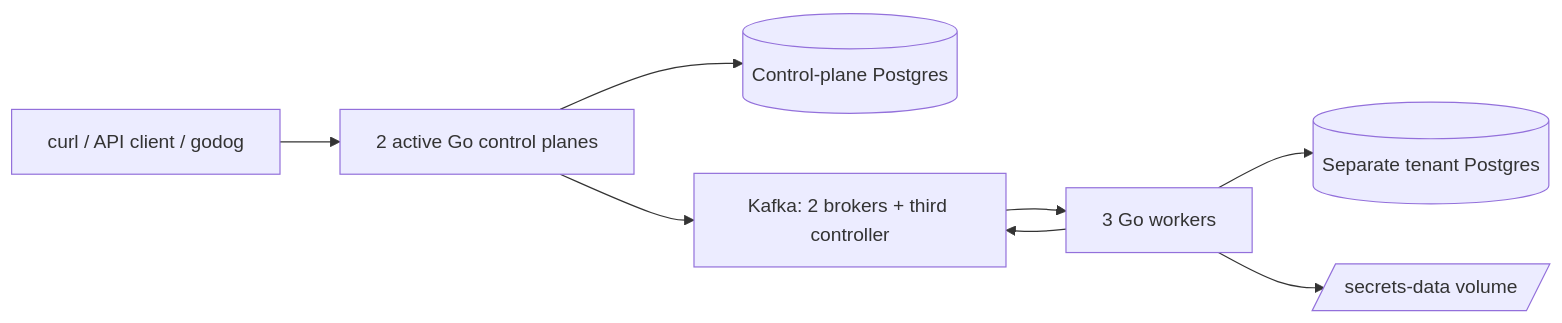
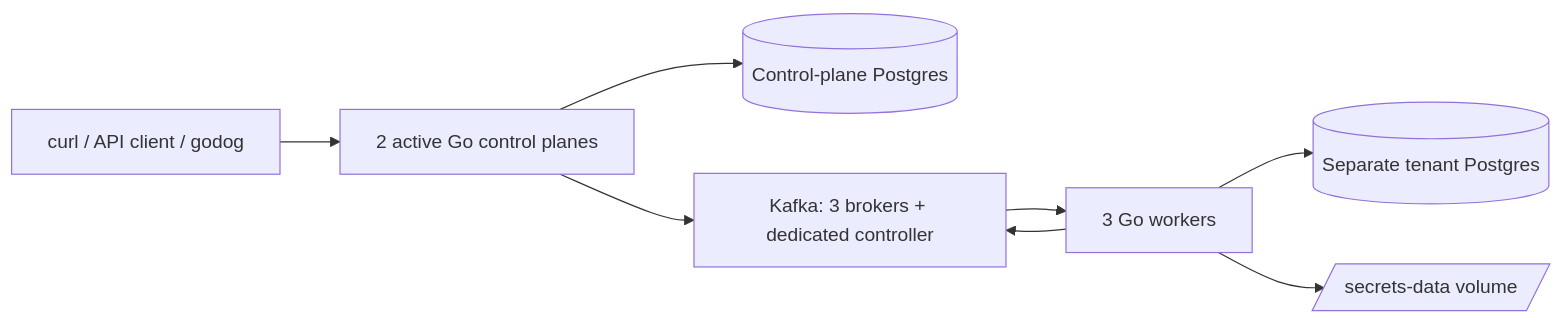
The diagram in README.md (harajara/control-plane-playground), drawn with Mermaid before and after one commit. The commit also changed other lines of this file and 6 other files, not shown here.

````diff
--- a/README.md
+++ b/README.md
@@ -42,10 +42,10 @@
 ```mermaid
 flowchart LR
   Client[curl / API client / godog] --> CP[2 active Go control planes]
   CP --> DB[(Control-plane Postgres)]
-  CP --> Kafka[Kafka: 2 brokers + third controller]
+  CP --> Kafka[Kafka: 3 brokers + dedicated controller]
   Kafka --> Worker[3 Go workers]
   Worker --> Kafka
   Worker --> PG[(Separate tenant Postgres)]
   Worker --> Secrets[/secrets-data volume/]
 ```
````
